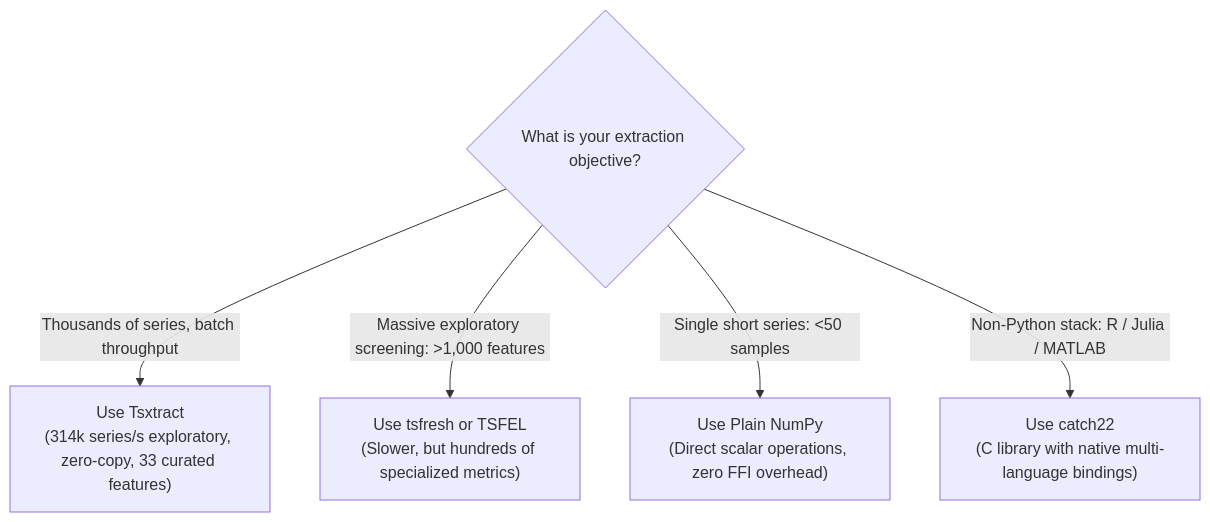
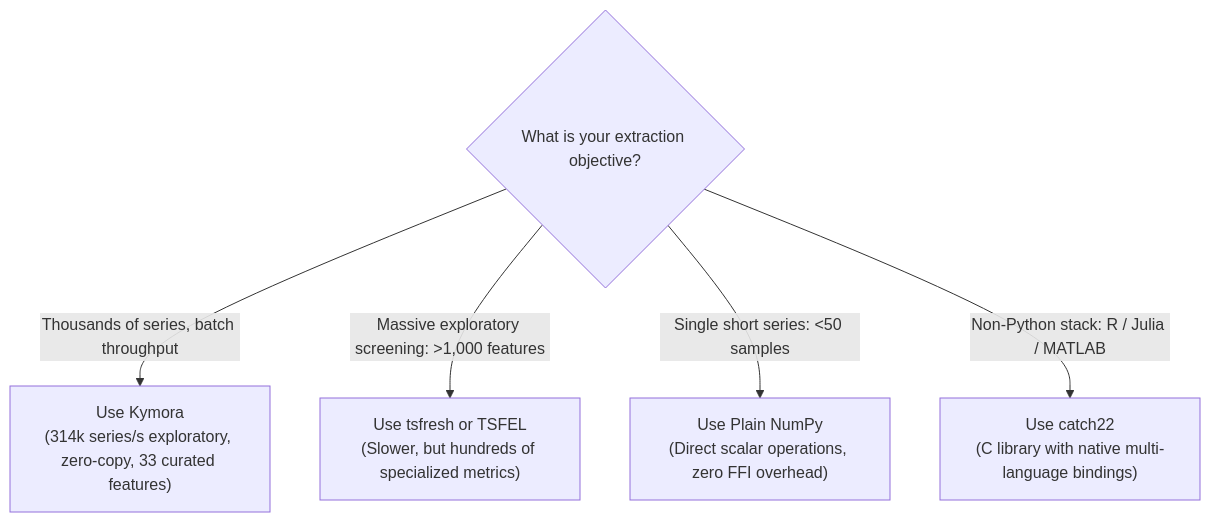
One commit to Aamodx6/Kymora changed the diagram in landing/src/docs/content/introduction.md. Above: the diagram before and after it, drawn with Mermaid. The commit also changed other lines of this file and 132 other files, not shown here.

First line of the commit message:
feat(rename-kymora): Phase 4 scripted rename tsxtract -> Kymora (bare name, 0.7.0)

````diff
--- a/landing/src/docs/content/introduction.md
+++ b/landing/src/docs/content/introduction.md
@@ -101,9 +101,9 @@
 ```mermaid
 flowchart TD
     START{"What is your extraction objective?"}
     
-    START -->|Thousands of series, batch throughput| TSX["Use Tsxtract\n(314k series/s exploratory, zero-copy, 33 curated features)"]
+    START -->|Thousands of series, batch throughput| TSX["Use Kymora\n(314k series/s exploratory, zero-copy, 33 curated features)"]
     START -->|Massive exploratory screening: >1,000 features| TSF["Use tsfresh or TSFEL\n(Slower, but hundreds of specialized metrics)"]
     START -->|Single short series: <50 samples| NUM["Use Plain NumPy\n(Direct scalar operations, zero FFI overhead)"]
     START -->|Non-Python stack: R / Julia / MATLAB| C22["Use catch22\n(C library with native multi-language bindings)"]
 ```
````
